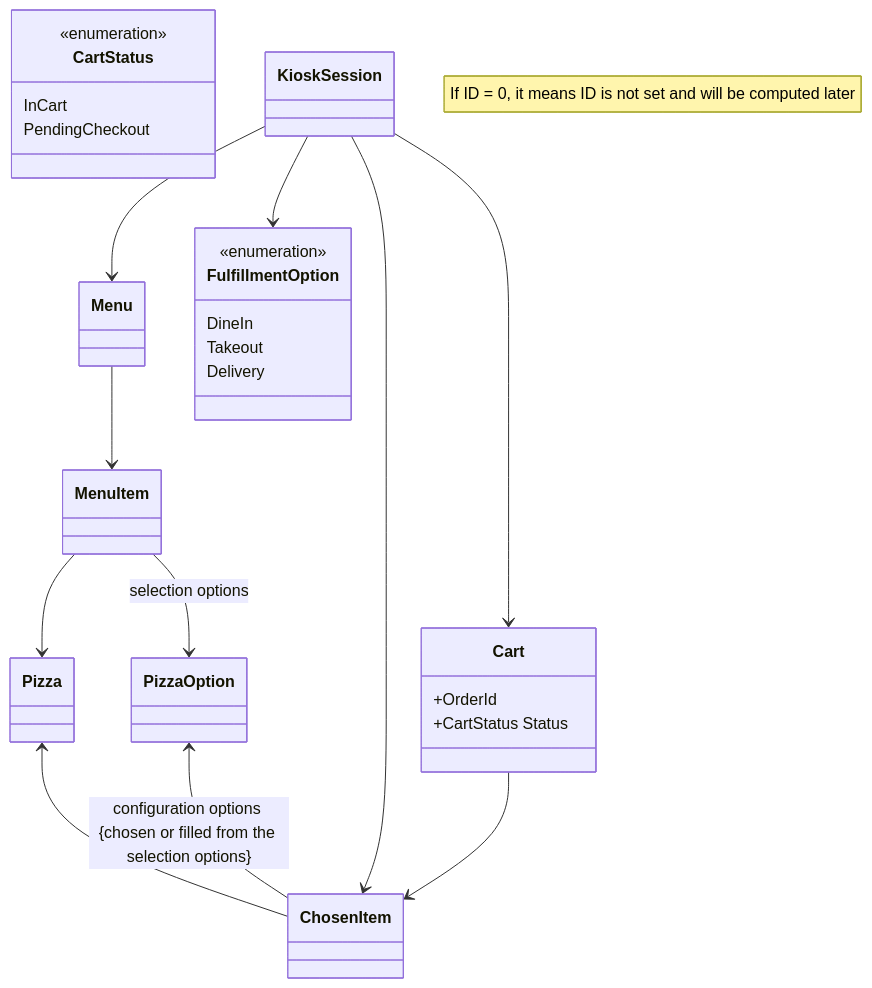
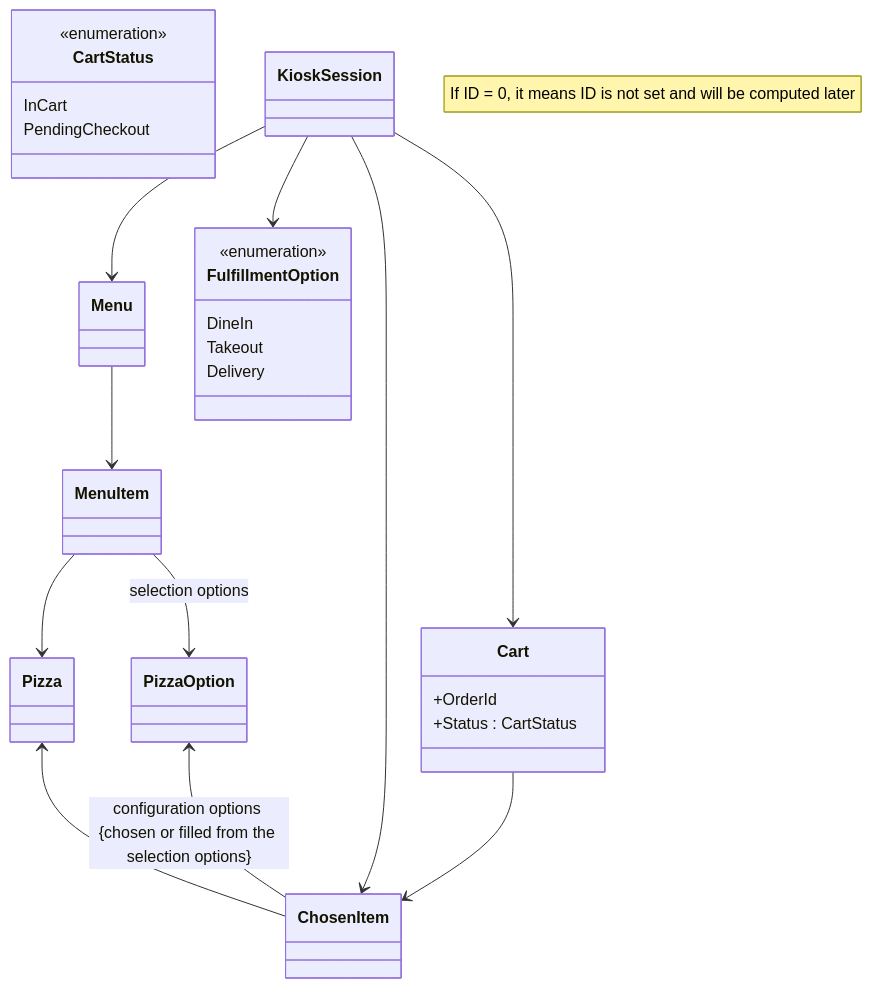
The diagram in README.md (ekral/Utb.PizzaKiosk), drawn with Mermaid before and after one commit.

````diff
--- a/README.md
+++ b/README.md
@@ -160,40 +160,40 @@
 ```mermaid
  classDiagram
    note "If ID = 0, it means ID is not set and will be computed later"
    %% direction LR
    class PizzaOption
    class Pizza
    class MenuItem
    class Menu
    class ChosenItem
 
    class CartStatus{
       <<enumeration>>
       InCart
       PendingCheckout
    }
 
    class Cart{
       +OrderId
-      +CartStatus Status
+      +Status : CartStatus
    }
 
    class FulfillmentOption{
       <<enumeration>>
       DineIn
       Takeout
       Delivery
    }
 
    class KioskSession
    MenuItem --> Pizza
    Pizza <-- ChosenItem
    MenuItem --> PizzaOption : selection options
    PizzaOption <-- ChosenItem : configuration options {chosen or filled from the selection options}
    Menu --> MenuItem
    KioskSession --> Menu
    KioskSession --> FulfillmentOption
    KioskSession  --> ChosenItem
    KioskSession  --> Cart
    Cart --> ChosenItem
 ```
````
